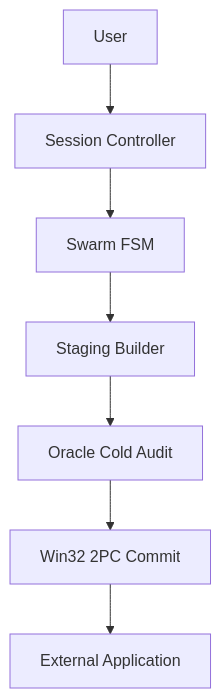
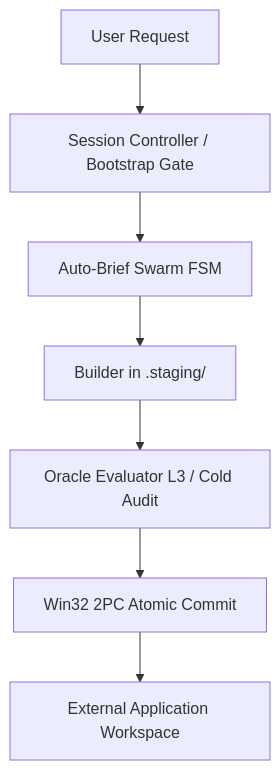
One commit to erbaldo86/NK-Hub changed the first of 2 diagrams in README.md. Above: the diagram before and after it, drawn with Mermaid. The commit also changed other lines of this file and 7 other files, not shown here.

````diff
--- a/README.md
+++ b/README.md
@@ -40,9 +66,9 @@
 ```mermaid
 graph TD
-    A[User] --> B[Session Controller]
-    B --> C[Swarm FSM]
-    C --> D[Staging Builder]
-    D --> E[Oracle Cold Audit]
-    E --> F[Win32 2PC Commit]
-    F --> G[External Application]
+    A[User Request] --> B[Session Controller / Bootstrap Gate]
+    B --> C[Auto-Brief Swarm FSM]
+    C --> D[Builder in .staging/]
+    D --> E[Oracle Evaluator L3 / Cold Audit]
+    E --> F[Win32 2PC Atomic Commit]
+    F --> G[External Application Workspace]
 ```
````
